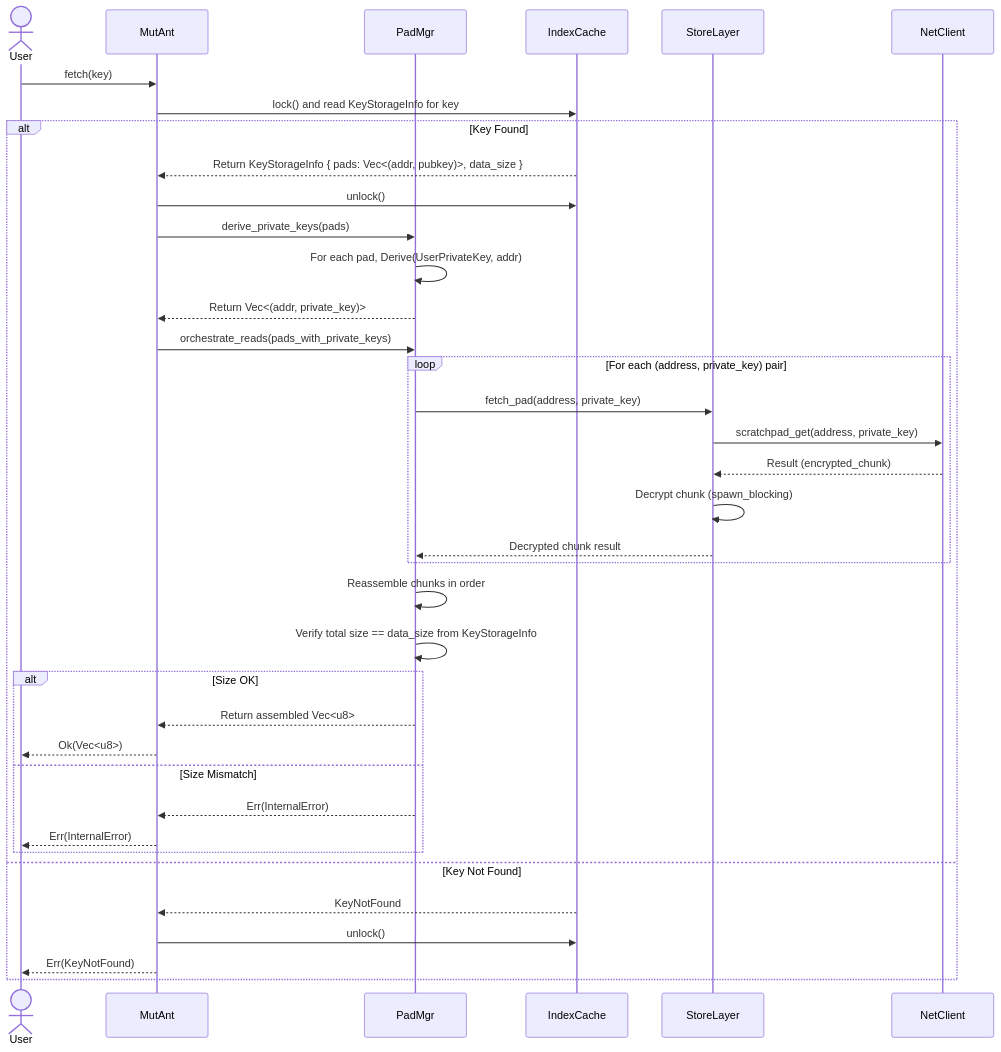
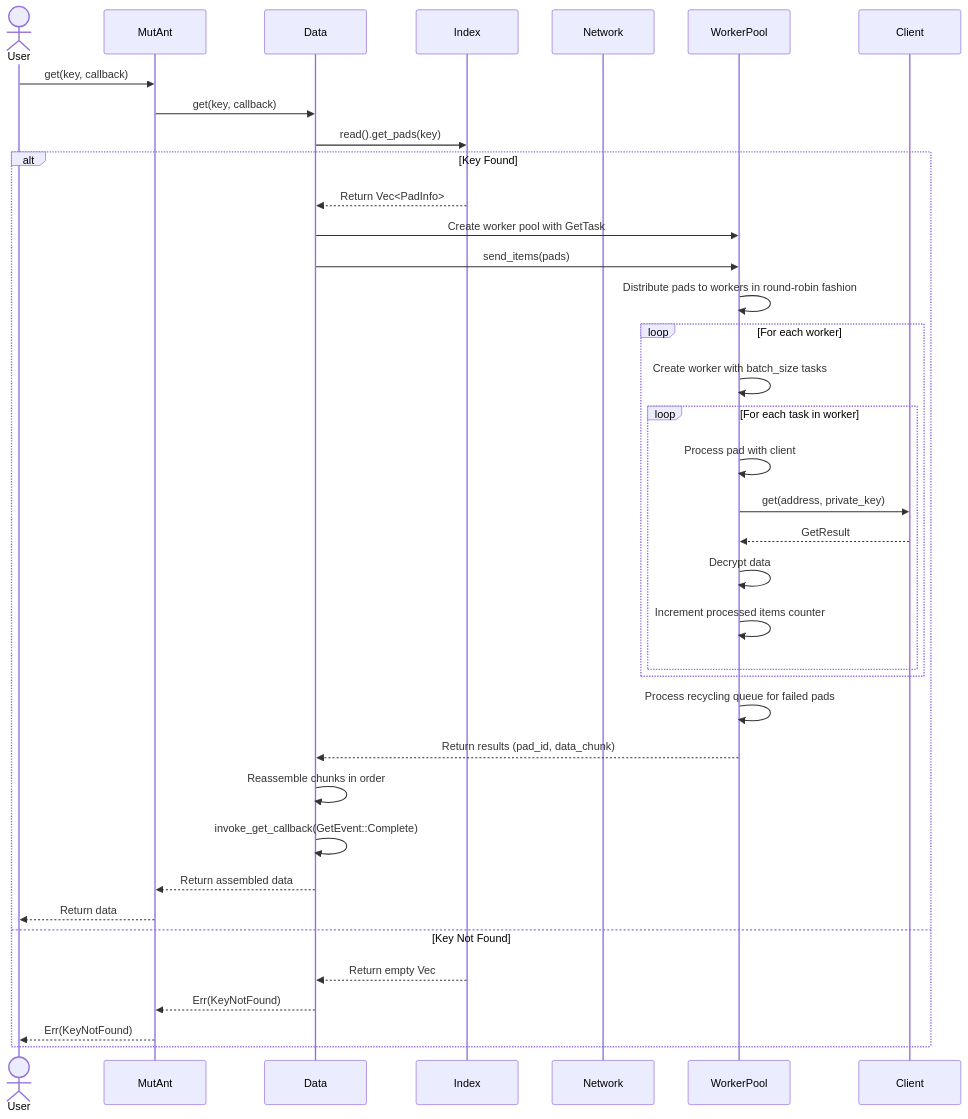
Before and after one commit to dovahcrow/Mutant: the second of 5 diagrams in docs/mutant_lib/internals/operation_flows.md, drawn with Mermaid. The commit also changed other lines of this file and 9 other files, not shown here.

````diff
--- a/docs/mutant_lib/internals/operation_flows.md
+++ b/docs/mutant_lib/internals/operation_flows.md
@@ -98,41 +122,46 @@
 ```mermaid
 sequenceDiagram
     actor User
     participant MutAnt
-    participant PadMgr
-    participant IndexCache
-    participant StoreLayer
-    participant NetClient
+    participant Data
+    participant Index
+    participant Network
+    participant WorkerPool
+    participant Client
 
-    User->>MutAnt: fetch(key)
-    MutAnt->>IndexCache: lock() and read KeyStorageInfo for key
+    User->>MutAnt: get(key, callback)
+    MutAnt->>Data: get(key, callback)
+
+    Data->>Index: read().get_pads(key)
     alt Key Found
-        IndexCache-->>MutAnt: Return KeyStorageInfo { pads: Vec<(addr, pubkey)>, data_size }
-        MutAnt->>IndexCache: unlock()
-        MutAnt->>PadMgr: derive_private_keys(pads)
-        PadMgr->>PadMgr: For each pad, Derive(UserPrivateKey, addr)
-        PadMgr-->>MutAnt: Return Vec<(addr, private_key)>
-        
-        MutAnt->>PadMgr: orchestrate_reads(pads_with_private_keys)
-        loop For each (address, private_key) pair
-            PadMgr->>StoreLayer: fetch_pad(address, private_key)
-            StoreLayer->>NetClient: scratchpad_get(address, private_key)
-            NetClient-->>StoreLayer: Result (encrypted_chunk)
-            StoreLayer->>StoreLayer: Decrypt chunk (spawn_blocking)
-            StoreLayer-->>PadMgr: Decrypted chunk result
+        Index-->>Data: Return Vec<PadInfo>
+
+        Data->>WorkerPool: Create worker pool with GetTask
+        Data->>WorkerPool: send_items(pads)
+
+        WorkerPool->>WorkerPool: Distribute pads to workers in round-robin fashion
+
+        loop For each worker
+            WorkerPool->>WorkerPool: Create worker with batch_size tasks
+            loop For each task in worker
+                WorkerPool->>WorkerPool: Process pad with client
+                WorkerPool->>Client: get(address, private_key)
+                Client-->>WorkerPool: GetResult
+                WorkerPool->>WorkerPool: Decrypt data
+                WorkerPool->>WorkerPool: Increment processed items counter
+            end
         end
-        PadMgr->>PadMgr: Reassemble chunks in order
-        PadMgr->>PadMgr: Verify total size == data_size from KeyStorageInfo
-        alt Size OK
-             PadMgr-->>MutAnt: Return assembled Vec<u8>
-             MutAnt-->>User: Ok(Vec<u8>)
-        else Size Mismatch
-             PadMgr-->>MutAnt: Err(InternalError)
-             MutAnt-->>User: Err(InternalError)
-        end
+
+        WorkerPool->>WorkerPool: Process recycling queue for failed pads
+        WorkerPool-->>Data: Return results (pad_id, data_chunk)
+
+        Data->>Data: Reassemble chunks in order
+        Data->>Data: invoke_get_callback(GetEvent::Complete)
+        Data-->>MutAnt: Return assembled data
+        MutAnt-->>User: Return data
     else Key Not Found
-        IndexCache-->>MutAnt: KeyNotFound
-        MutAnt->>IndexCache: unlock()
+        Index-->>Data: Return empty Vec
+        Data-->>MutAnt: Err(KeyNotFound)
         MutAnt-->>User: Err(KeyNotFound)
     end
 ```
````
